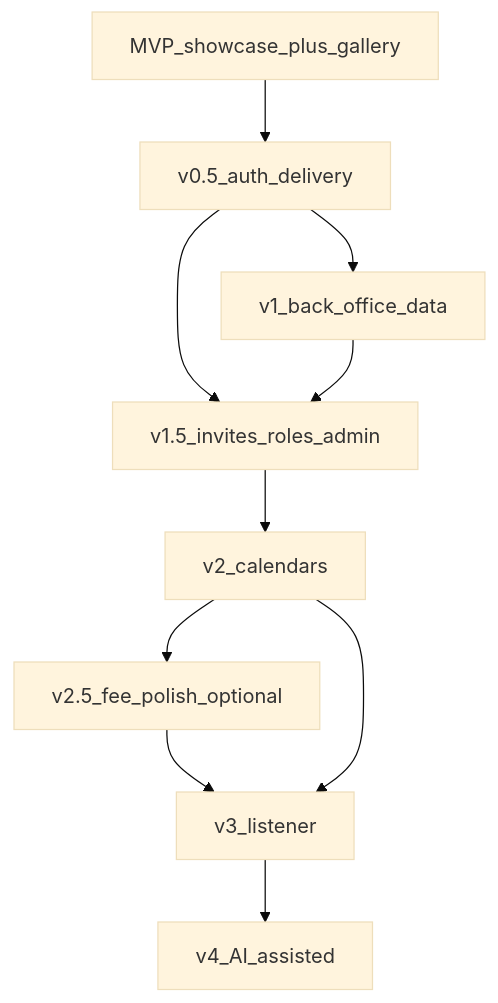
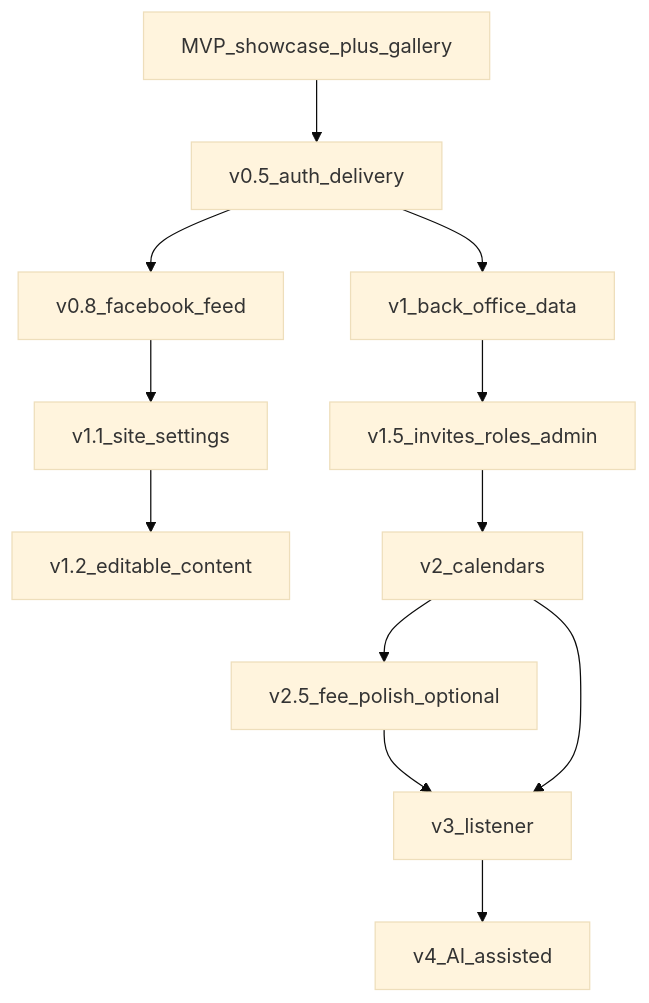
The diagram in project-roadmap.md (EliDevToBe/club-chapelle), drawn with Mermaid (base theme) before and after one commit. The commit also changed other lines of this file and 2 other files, not shown here.

````diff
--- a/project-roadmap.md
+++ b/project-roadmap.md
@@ -29,20 +29,25 @@
 ```mermaid
 flowchart TD
   mvp[MVP_showcase_plus_gallery]
   v05[v0.5_auth_delivery]
+  v08[v0.8_facebook_feed]
+  v11[v1.1_site_settings]
+  v12[v1.2_editable_content]
   v1[v1_back_office_data]
   v15[v1.5_invites_roles_admin]
   v2[v2_calendars]
   v25[v2.5_fee_polish_optional]
   v3[v3_listener]
   v4[v4_AI_assisted]
   mvp --> v05
+  v05 --> v08
+  v08 --> v11
+  v11 --> v12
   v05 --> v1
-  v05 --> v15
   v1 --> v15
   v15 --> v2
   v2 --> v25
   v25 --> v3
   v2 --> v3
   v3 --> v4
 ```
````
